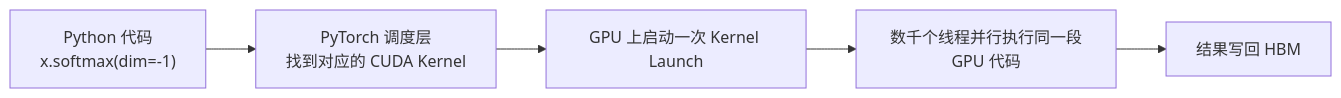
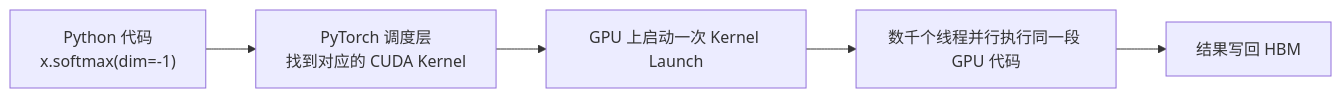
Before and after one commit to AI-learning-simple/Build-Your-Own-LLM: the third of 5 diagrams in 2. Alignment 与训练工程/6. GPU 基础与算子——为什么理解硬件，才能真正理解训练与推理工程.md, drawn with Mermaid. The commit also changed other lines of this file and 41 other files, not shown here.

````diff
--- a/2. Alignment 与训练工程/6. GPU 基础与算子——为什么理解硬件，才能真正理解训练与推理工程.md
+++ b/2. Alignment 与训练工程/6. GPU 基础与算子——为什么理解硬件，才能真正理解训练与推理工程.md
@@ -69,4 +102,4 @@
 ```mermaid
 flowchart LR
-    A["Python 代码<br/>x.softmax(dim=-1)"] --> B["PyTorch 调度层<br/>找到对应的 CUDA Kernel"] --> C["GPU 上启动一次 Kernel Launch"] --> D["数千个线程并行执行同一段GPU 代码"] --> E["结果写回 HBM"]
+    A["Python 代码<br/>x.softmax(dim=-1)"] --> B["PyTorch 调度层<br/>找到对应的 CUDA Kernel"] --> C["GPU 上启动一次 Kernel Launch"] --> D["数千个线程并行执行同一段 GPU 代码"] --> E["结果写回 HBM"]
 ```
````
